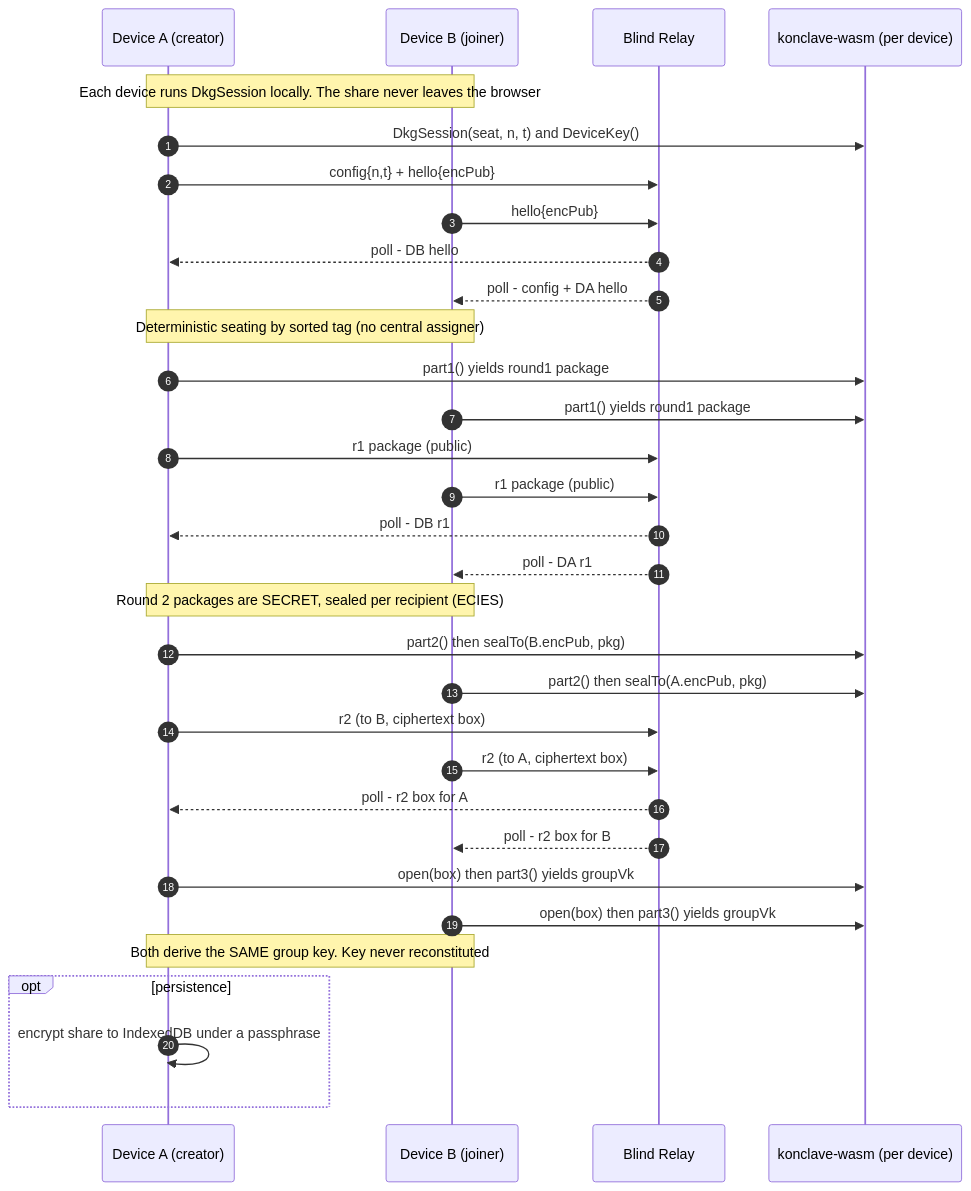
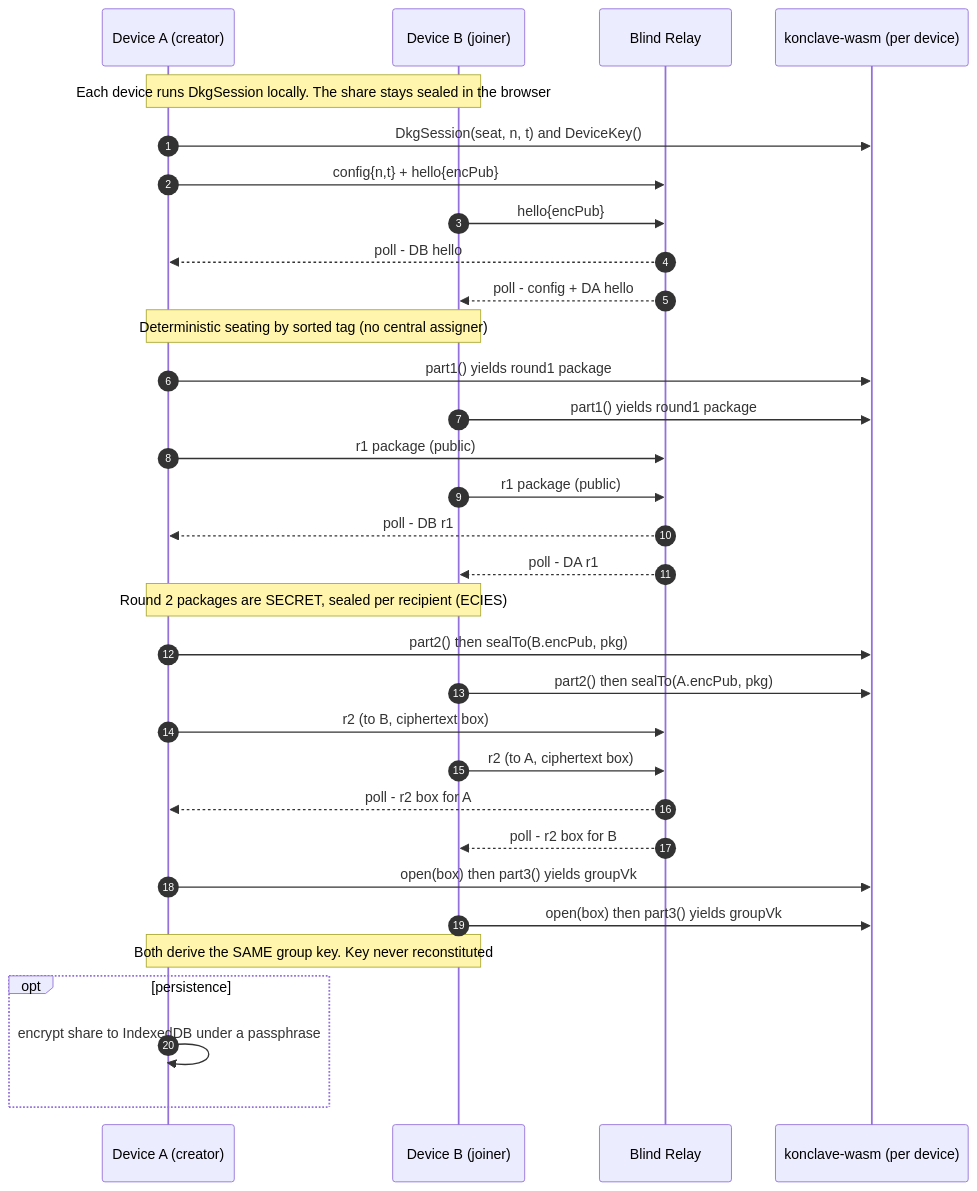
The fifth of 7 diagrams in docs/GUIDE.md (deegalabs/konclave), drawn with Mermaid before and after one commit. The commit also changed other lines of this file and 18 other files, not shown here.

````diff
--- a/docs/GUIDE.md
+++ b/docs/GUIDE.md
@@ -500,37 +500,37 @@
 ```mermaid
 sequenceDiagram
     autonumber
     participant DA as Device A (creator)
     participant DB as Device B (joiner)
     participant BR as Blind Relay
     participant W as konclave-wasm (per device)
 
-    Note over DA,DB: Each device runs DkgSession locally. The share never leaves the browser
+    Note over DA,DB: Each device runs DkgSession locally. The share stays sealed in the browser
     DA->>W: DkgSession(seat, n, t) and DeviceKey()
     DA->>BR: config{n,t} + hello{encPub}
     DB->>BR: hello{encPub}
     BR-->>DA: poll - DB hello
     BR-->>DB: poll - config + DA hello
 
     Note over DA,DB: Deterministic seating by sorted tag (no central assigner)
     DA->>W: part1() yields round1 package
     DB->>W: part1() yields round1 package
     DA->>BR: r1 package (public)
     DB->>BR: r1 package (public)
     BR-->>DA: poll - DB r1
     BR-->>DB: poll - DA r1
 
     Note over DA,DB: Round 2 packages are SECRET, sealed per recipient (ECIES)
     DA->>W: part2() then sealTo(B.encPub, pkg)
     DB->>W: part2() then sealTo(A.encPub, pkg)
     DA->>BR: r2 (to B, ciphertext box)
     DB->>BR: r2 (to A, ciphertext box)
     BR-->>DA: poll - r2 box for A
     BR-->>DB: poll - r2 box for B
     DA->>W: open(box) then part3() yields groupVk
     DB->>W: open(box) then part3() yields groupVk
     Note over DA,DB: Both derive the SAME group key. Key never reconstituted
     opt persistence
         DA->>DA: encrypt share to IndexedDB under a passphrase
     end
 ```
````
